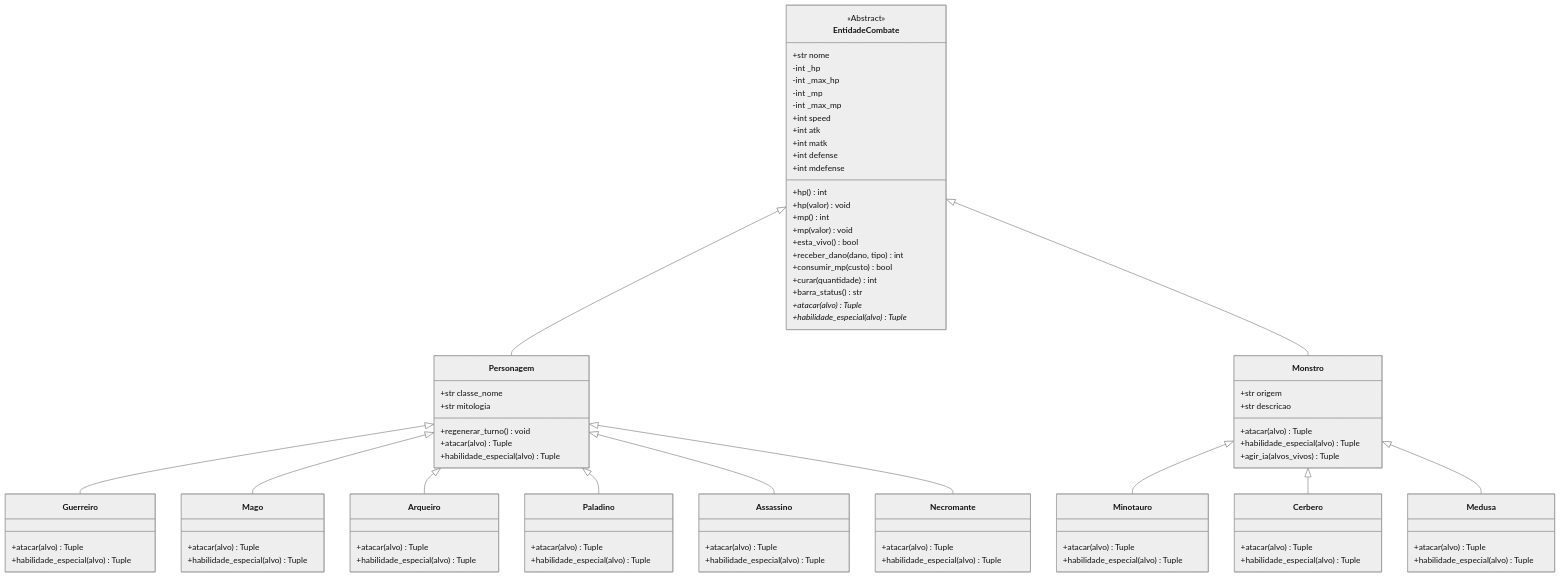
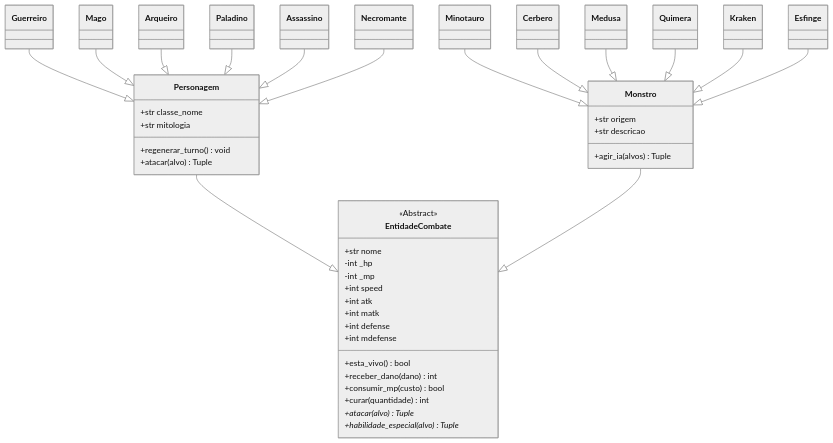
One commit to RodrigoBettio/projeto-cp2-mitologia changed the diagram in README.md. Above: the diagram before and after it, drawn with Mermaid (neutral theme). The commit also changed other lines of this file and 1 other file, not shown here.

````diff
--- a/README.md
+++ b/README.md
@@ -130,23 +92,16 @@
         <<Abstract>>
         +str nome
         -int _hp
-        -int _max_hp
         -int _mp
-        -int _max_mp
         +int speed
         +int atk
         +int matk
         +int defense
         +int mdefense
-        +hp() int
-        +hp(valor) void
-        +mp() int
-        +mp(valor) void
         +esta_vivo() bool
-        +receber_dano(dano, tipo) int
+        +receber_dano(dano) int
         +consumir_mp(custo) bool
         +curar(quantidade) int
-        +barra_status() str
         +atacar(alvo)* Tuple
         +habilidade_especial(alvo)* Tuple
     }
@@ -156,73 +111,28 @@
         +str mitologia
         +regenerar_turno() void
         +atacar(alvo) Tuple
-        +habilidade_especial(alvo) Tuple
     }
 
     class Monstro {
         +str origem
         +str descricao
-        +atacar(alvo) Tuple
-        +habilidade_especial(alvo) Tuple
-        +agir_ia(alvos_vivos) Tuple
+        +agir_ia(alvos) Tuple
     }
 
-    class Guerreiro {
-        +atacar(alvo) Tuple
-        +habilidade_especial(alvo) Tuple
-    }
+    Personagem --|> EntidadeCombate
+    Monstro --|> EntidadeCombate
 
-    class Mago {
-        +atacar(alvo) Tuple
-        +habilidade_especial(alvo) Tuple
-    }
+    Guerreiro --|> Personagem
+    Mago --|> Personagem
+    Arqueiro --|> Personagem
+    Paladino --|> Personagem
+    Assassino --|> Personagem
+    Necromante --|> Personagem
 
-    class Arqueiro {
-        +atacar(alvo) Tuple
-        +habilidade_especial(alvo) Tuple
-    }
-
-    class Paladino {
-        +atacar(alvo) Tuple
-        +habilidade_especial(alvo) Tuple
-    }
-
-    class Assassino {
-        +atacar(alvo) Tuple
-        +habilidade_especial(alvo) Tuple
-    }
-
-    class Necromante {
-        +atacar(alvo) Tuple
-        +habilidade_especial(alvo) Tuple
-    }
-
-    class Minotauro {
-        +atacar(alvo) Tuple
-        +habilidade_especial(alvo) Tuple
-    }
-
-    class Cerbero {
-        +atacar(alvo) Tuple
-        +habilidade_especial(alvo) Tuple
-    }
-
-    class Medusa {
-        +atacar(alvo) Tuple
-        +habilidade_especial(alvo) Tuple
-    }
-
-    EntidadeCombate <|-- Personagem
-    EntidadeCombate <|-- Monstro
-
-    Personagem <|-- Guerreiro
-    Personagem <|-- Mago
-    Personagem <|-- Arqueiro
-    Personagem <|-- Paladino
-    Personagem <|-- Assassino
-    Personagem <|-- Necromante
-
-    Monstro <|-- Minotauro
-    Monstro <|-- Cerbero
-    Monstro <|-- Medusa
+    Minotauro --|> Monstro
+    Cerbero --|> Monstro
+    Medusa --|> Monstro
+    Quimera --|> Monstro
+    Kraken --|> Monstro
+    Esfinge --|> Monstro
 ```
````
